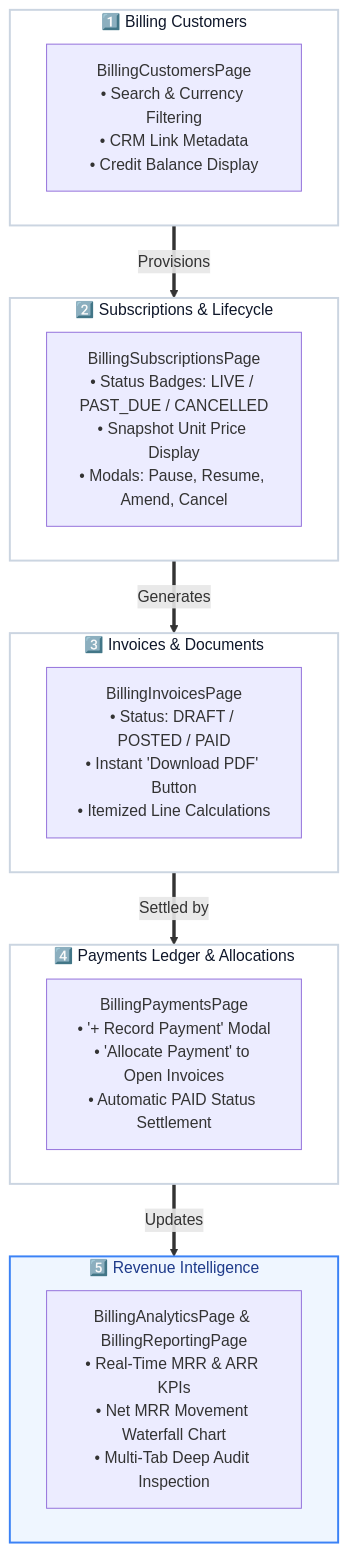
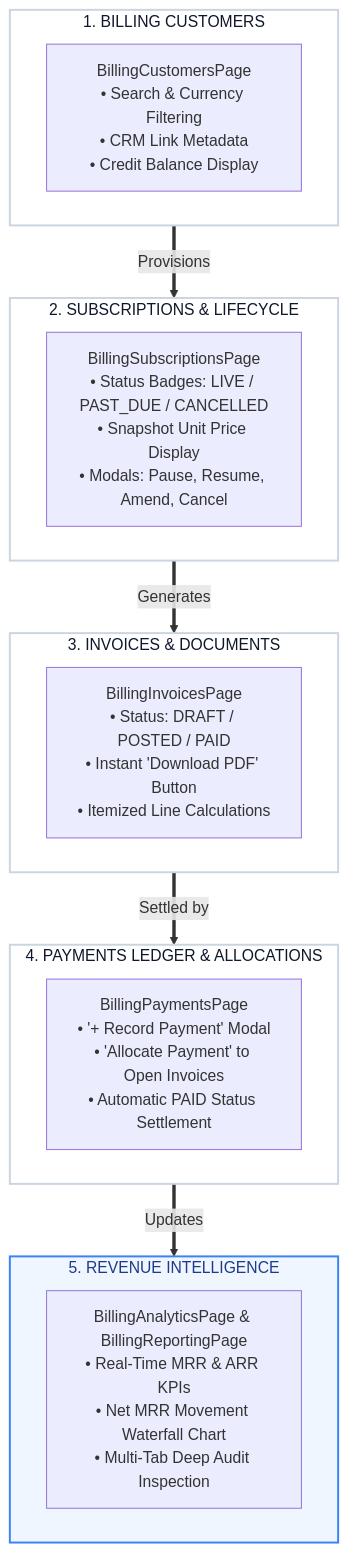
Before and after one commit to zaid-mian/CRM-Frontend: the third of 3 diagrams in README.md, drawn with Mermaid. The commit also changed other lines of this file, not shown here.

Commit message:
fix(docs): fix Mermaid diagram syntax and polish architecture styling for GitHub

````diff
--- a/README.md
+++ b/README.md
@@ -125,33 +125,33 @@
 ```mermaid
 flowchart TD
-    subgraph CustFlow ["1️⃣ Billing Customers"]
+    subgraph CustFlow ["1. BILLING CUSTOMERS"]
         CUST["BillingCustomersPage<br/>• Search & Currency Filtering<br/>• CRM Link Metadata<br/>• Credit Balance Display"]
     end
 
-    subgraph SubFlow ["2️⃣ Subscriptions & Lifecycle"]
+    subgraph SubFlow ["2. SUBSCRIPTIONS & LIFECYCLE"]
         SUB["BillingSubscriptionsPage<br/>• Status Badges: LIVE / PAST_DUE / CANCELLED<br/>• Snapshot Unit Price Display<br/>• Modals: Pause, Resume, Amend, Cancel"]
     end
 
-    subgraph InvFlow ["3️⃣ Invoices & Documents"]
+    subgraph InvFlow ["3. INVOICES & DOCUMENTS"]
         INV["BillingInvoicesPage<br/>• Status: DRAFT / POSTED / PAID<br/>• Instant 'Download PDF' Button<br/>• Itemized Line Calculations"]
     end
 
-    subgraph PayFlow ["4️⃣ Payments Ledger & Allocations"]
+    subgraph PayFlow ["4. PAYMENTS LEDGER & ALLOCATIONS"]
         PAY["BillingPaymentsPage<br/>• '+ Record Payment' Modal<br/>• 'Allocate Payment' to Open Invoices<br/>• Automatic PAID Status Settlement"]
     end
 
-    subgraph AnalyticsFlow ["5️⃣ Revenue Intelligence"]
+    subgraph AnalyticsFlow ["5. REVENUE INTELLIGENCE"]
         ANALYTICS["BillingAnalyticsPage & BillingReportingPage<br/>• Real-Time MRR & ARR KPIs<br/>• Net MRR Movement Waterfall Chart<br/>• Multi-Tab Deep Audit Inspection"]
     end
 
     CustFlow ==>|Provisions| SubFlow
     SubFlow ==>|Generates| InvFlow
     InvFlow ==>|Settled by| PayFlow
     PayFlow ==>|Updates| AnalyticsFlow
 
     classDef flowStyle fill:#ffffff,stroke:#cbd5e1,stroke-width:2px,color:#0f172a;
     classDef highlightStyle fill:#eff6ff,stroke:#3b82f6,stroke-width:2px,color:#1e3a8a;
 
     class CustFlow,SubFlow,InvFlow,PayFlow flowStyle;
     class AnalyticsFlow highlightStyle;
 ```
````
